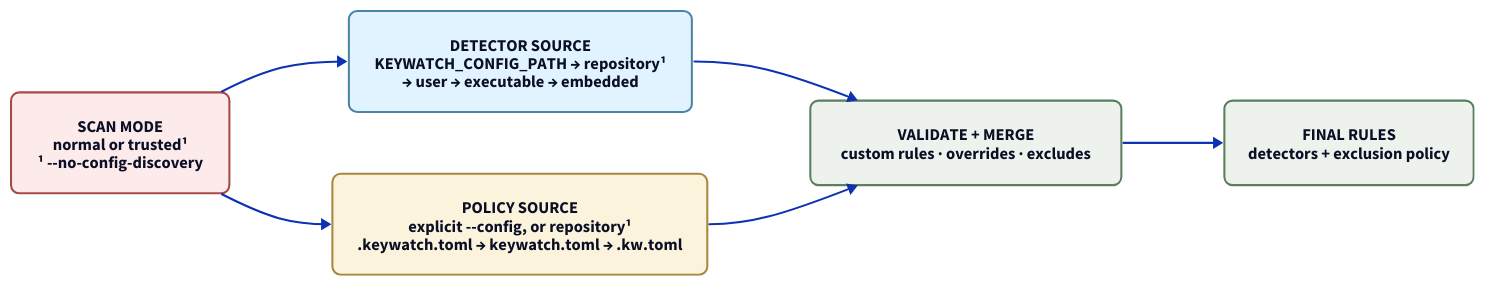
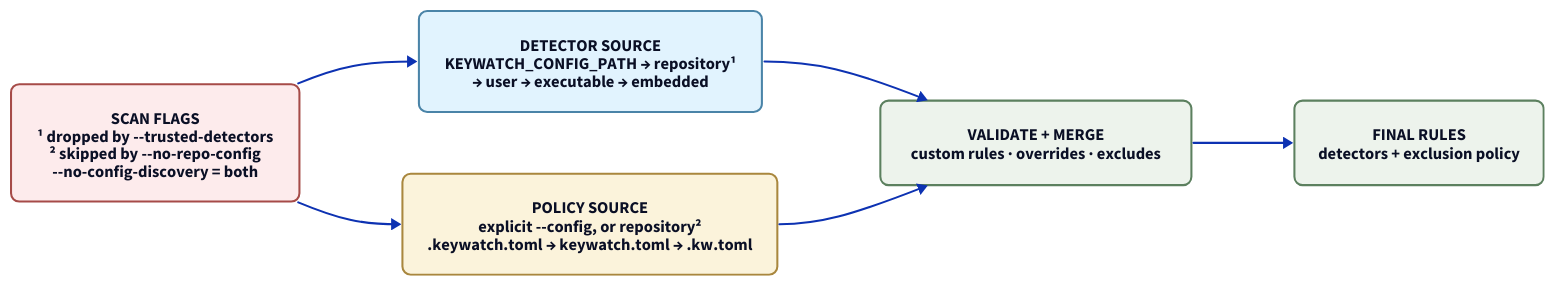
The diagram in docs/architecture/detector-config-trust.d2 (pixincreate/KeyWatch), drawn with D2 before and after one commit. The commit also changed 19 other files, not shown here.

```diff
--- a/docs/architecture/detector-config-trust.d2
+++ b/docs/architecture/detector-config-trust.d2
@@ -1,53 +1,53 @@
 direction: right
 
 classes: {
   boundary: {
     style: {
       fill: "#FBFBFA"
       stroke: "#C8C6C1"
       stroke-width: 2
       border-radius: 10
     }
   }
   trusted: {
     style: {
       fill: "#EDF3EC"
       stroke: "#5C805F"
       border-radius: 8
     }
   }
   repository: {
     style: {
       fill: "#FBF3DB"
       stroke: "#A9873E"
       border-radius: 8
     }
   }
   embedded: {
     style: {
       fill: "#E1F3FE"
       stroke: "#4A84A8"
       border-radius: 8
     }
   }
   warning: {
     style: {
       fill: "#FDEBEC"
       stroke: "#A64B48"
       border-radius: 8
     }
   }
 }
 
-mode: "SCAN MODE\nnormal or trusted¹\n¹ --no-config-discovery" {class: warning}
+mode: "SCAN FLAGS\n¹ dropped by --trusted-detectors\n² skipped by --no-repo-config\n--no-config-discovery = both" {class: warning}
 
 detectors: "DETECTOR SOURCE\nKEYWATCH_CONFIG_PATH → repository¹\n→ user → executable → embedded" {class: embedded}
 
-policy: "POLICY SOURCE\nexplicit --config, or repository¹\n.keywatch.toml → keywatch.toml → .kw.toml" {class: repository}
+policy: "POLICY SOURCE\nexplicit --config, or repository²\n.keywatch.toml → keywatch.toml → .kw.toml" {class: repository}
 
 merge: "VALIDATE + MERGE\ncustom rules · overrides · excludes" {class: trusted}
 result: "FINAL RULES\ndetectors + exclusion policy" {class: trusted}
 
 mode -> detectors -> merge
 mode -> policy -> merge
 merge -> result
```
